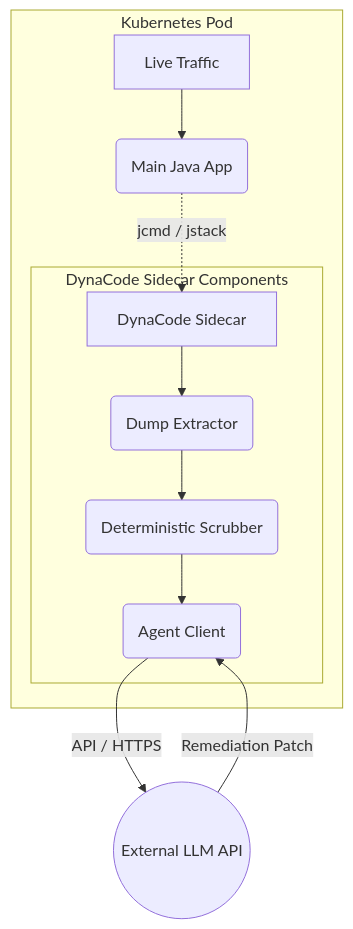
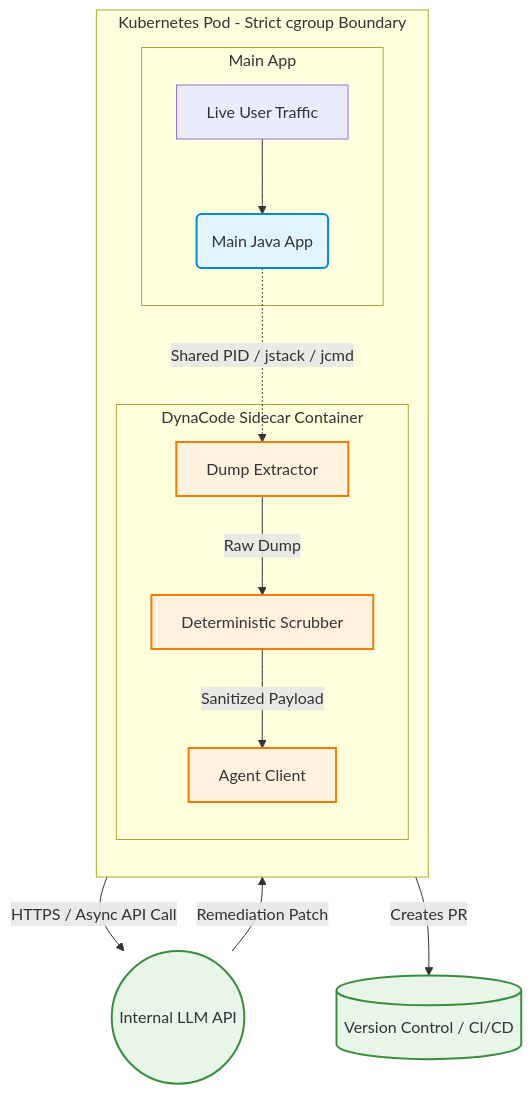
Before and after one commit to IshanDigra/ShadowDocs: the diagram in notes/Dyna.md, drawn with Mermaid. The commit also changed other lines of this file, not shown here.

First line of the commit message:
Enhance DynaCode documentation with detailed project insights

````diff
--- a/notes/Dyna.md
+++ b/notes/Dyna.md
@@ -32,16 +47,35 @@
 ```mermaid
 graph TD
-    subgraph Kubernetes Pod
-        A[Live Traffic] --> B(Main Java App)
-        B -. jcmd / jstack .-> C[DynaCode Sidecar]
-
-        subgraph DynaCode Sidecar Components
-            C --> D(Dump Extractor)
-            D --> E(Deterministic Scrubber)
-            E --> F(Agent Client)
+    subgraph Kubernetes Pod [Kubernetes Pod - Strict cgroup Boundary]
+        direction TB
+        subgraph Main App
+            A[Live User Traffic] --> B(Main Java App)
         end
+        
+        subgraph DynaCode Sidecar [DynaCode Sidecar Container]
+            C[Dump Extractor] 
+            D[Deterministic Scrubber]
+            E[Agent Client]
+            
+            C -->|Raw Dump| D
+            D -->|Sanitized Payload| E
+        end
+        
+        B -.->|Shared PID / jstack / jcmd| C
     end
 
-    F -- API / HTTPS --> G((External LLM API))
-    G -- Remediation Patch --> F
+    F((Internal LLM API))
+    G[(Version Control / CI/CD)]
+
+    E -- HTTPS / Async API Call --> F
+    F -- Remediation Patch --> E
+    E -- Creates PR --> G
+
+    classDef mainApp fill:#e1f5fe,stroke:#0288d1,stroke-width:2px;
+    classDef sideCar fill:#fff3e0,stroke:#f57c00,stroke-width:2px;
+    classDef external fill:#e8f5e9,stroke:#388e3c,stroke-width:2px;
+
+    class B mainApp;
+    class C,D,E sideCar;
+    class F,G external;
 ```
````
